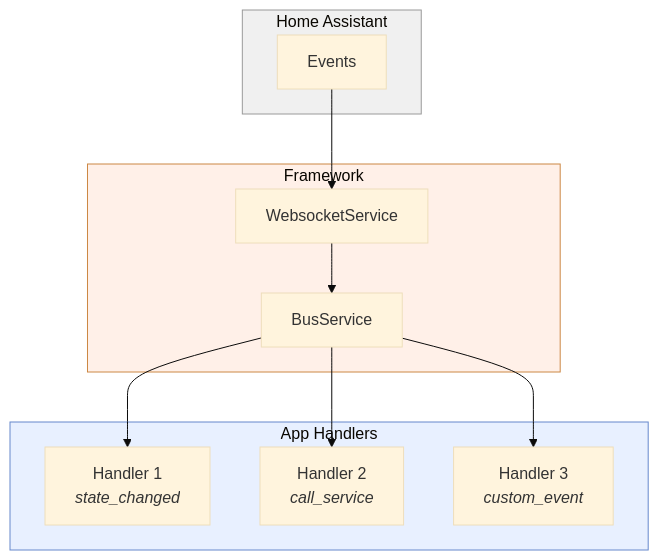
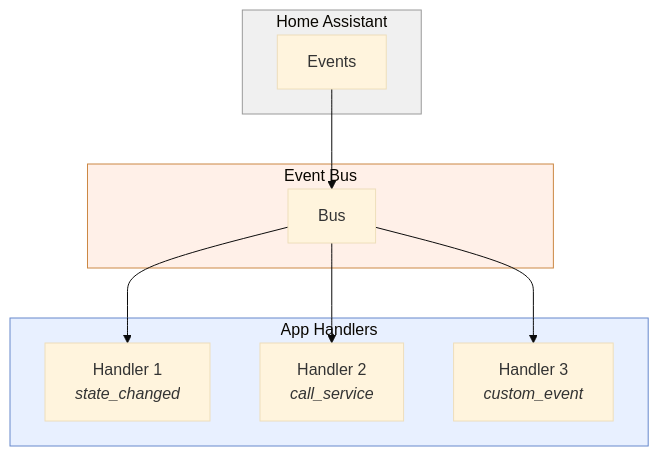
One commit to NodeJSmith/hassette changed the diagram in docs/pages/core-concepts/bus/index.md. Above: the diagram before and after it, drawn with Mermaid (base theme). The commit also changed other lines of this file and 30 other files, not shown here.

````diff
--- a/docs/pages/core-concepts/bus/index.md
+++ b/docs/pages/core-concepts/bus/index.md
@@ -7,25 +7,23 @@
 ```mermaid
 flowchart TD
     subgraph ha["Home Assistant"]
         HA["Events"]
     end
 
-    subgraph framework["Framework"]
-        WS["WebsocketService"]
-        BUS["BusService"]
-        WS --> BUS
+    subgraph bus["Event Bus"]
+        BUS["Bus"]
     end
 
     subgraph handlers["App Handlers"]
         APP1["Handler 1<br/><i>state_changed</i>"]
         APP2["Handler 2<br/><i>call_service</i>"]
         APP3["Handler 3<br/><i>custom_event</i>"]
     end
 
-    HA --> WS
+    HA --> BUS
     BUS --> APP1 & APP2 & APP3
 
     style ha fill:#f0f0f0,stroke:#999
-    style framework fill:#fff0e8,stroke:#cc8844
+    style bus fill:#fff0e8,stroke:#cc8844
     style handlers fill:#e8f0ff,stroke:#6688cc
 ```
````
